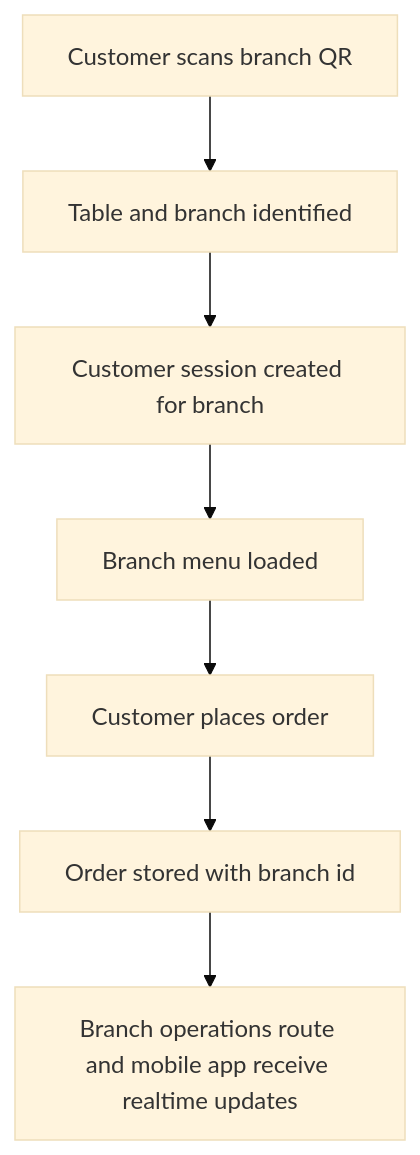
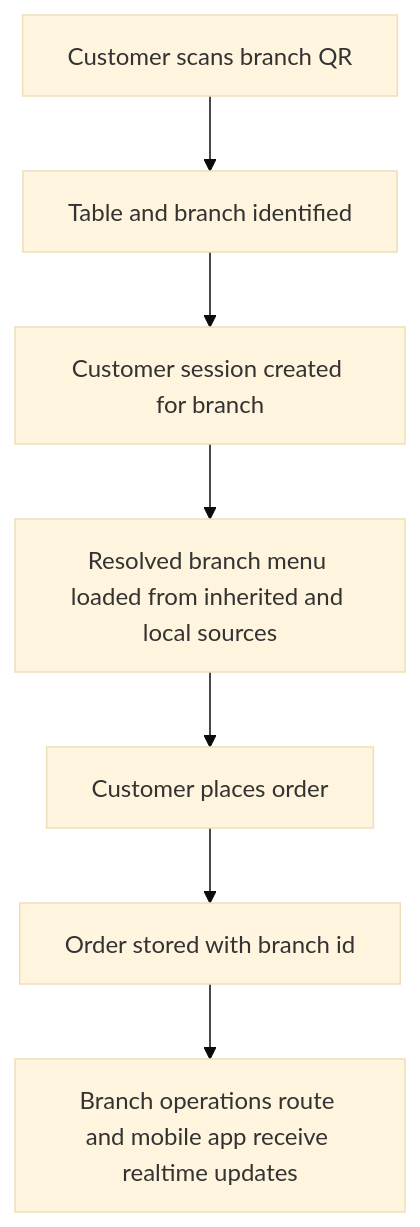
One commit to DangHoangGeo/restaurant-copilot changed the first of 3 diagrams in docs/foundation/01_organization_branch_menu_foundation.md. Above: the diagram before and after it, drawn with Mermaid (base theme). The commit also changed other lines of this file and 42 other files, not shown here.

First line of the commit message:
feat: implement branch path building and menu synchronization

````diff
--- a/docs/foundation/01_organization_branch_menu_foundation.md
+++ b/docs/foundation/01_organization_branch_menu_foundation.md
@@ -181,9 +202,9 @@
 ```mermaid
 flowchart TD
     A["Customer scans branch QR"] --> B["Table and branch identified"]
     B --> C["Customer session created for branch"]
-    C --> D["Branch menu loaded"]
+    C --> D["Resolved branch menu loaded from inherited and local sources"]
     D --> E["Customer places order"]
     E --> F["Order stored with branch id"]
     F --> G["Branch operations route and mobile app receive realtime updates"]
 ```
````
